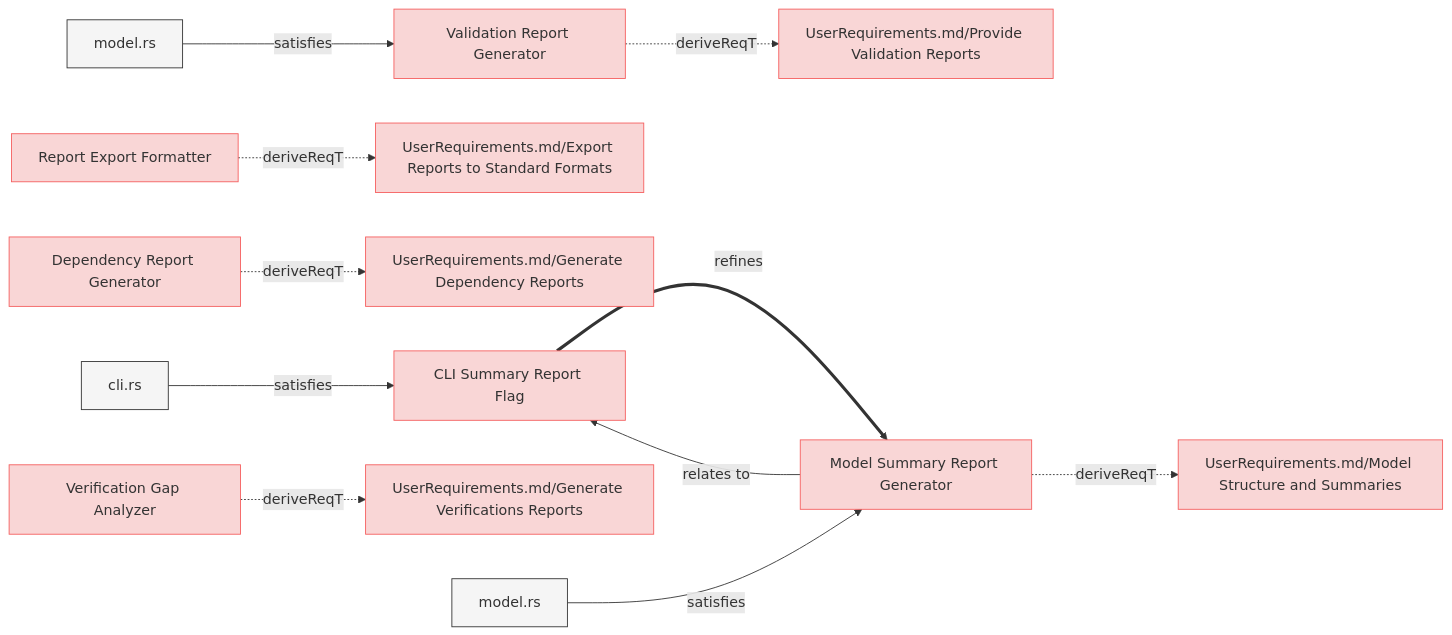
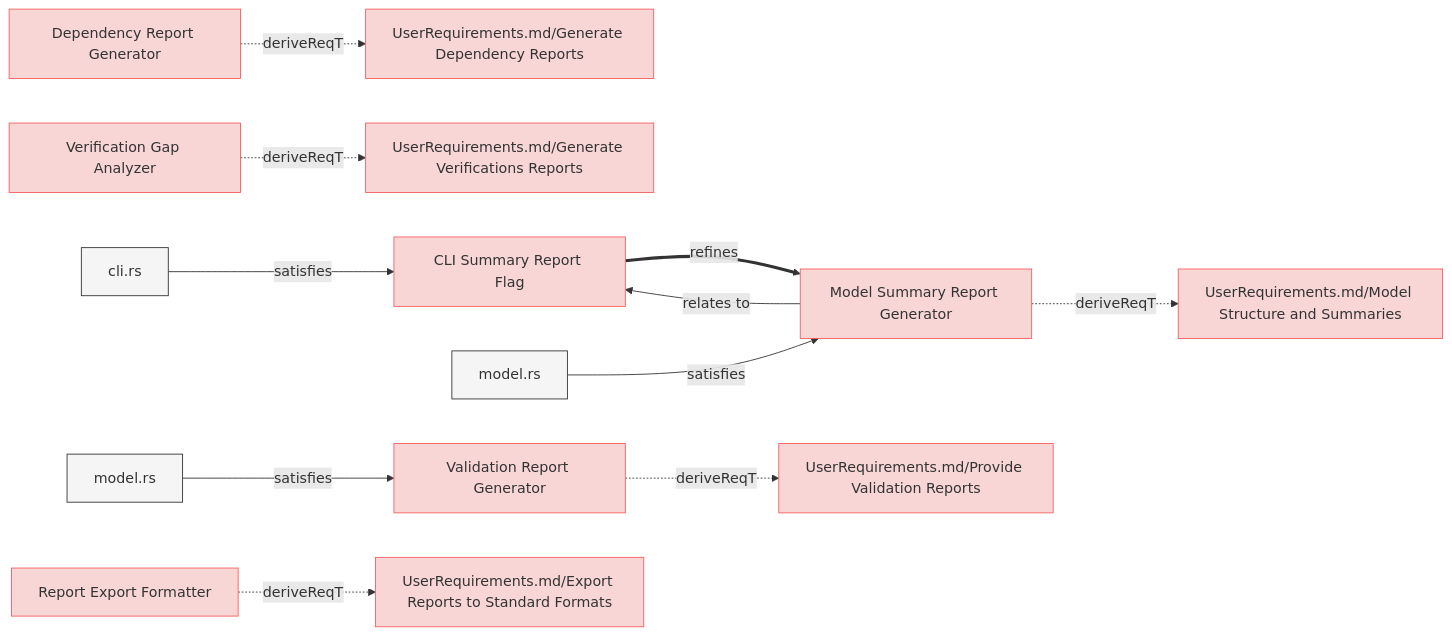
One commit to reqvire-org/reqvire changed the eighth of 8 diagrams in specifications/SystemRequirements/Requirements.md. Above: the diagram before and after it, drawn with Mermaid. The commit also changed other lines of this file and 92 other files, not shown here.

````diff
--- a/specifications/SystemRequirements/Requirements.md
+++ b/specifications/SystemRequirements/Requirements.md
@@ -995,61 +1007,61 @@
 ```mermaid
 graph LR;
   %% Graph styling
   classDef requirement fill:#f9d6d6,stroke:#f55f5f,stroke-width:1px;
   classDef verification fill:#d6f9d6,stroke:#5fd75f,stroke-width:1px;
   classDef externalLink fill:#d0e0ff,stroke:#3080ff,stroke-width:1px;
   classDef default fill:#f5f5f5,stroke:#333333,stroke-width:1px;
 
+  57cbef16c5["Dependency Report Generator"];
+  click 57cbef16c5 "Requirements.md#dependency-report-generator";
+  class 57cbef16c5 requirement;
+  812d42f453["UserRequirements.md/Generate Dependency Reports"];
+  class 812d42f453 requirement;
+  click 812d42f453 "../UserRequirements.md#generate-dependency-reports";
+  57cbef16c5 -.->|deriveReqT| 812d42f453;
+  d842bc0e30["Verification Gap Analyzer"];
+  click d842bc0e30 "Requirements.md#verification-gap-analyzer";
+  class d842bc0e30 requirement;
+  d0e9e8d143["UserRequirements.md/Generate Verifications Reports"];
+  class d0e9e8d143 requirement;
+  click d0e9e8d143 "../UserRequirements.md#generate-verifications-reports";
+  d842bc0e30 -.->|deriveReqT| d0e9e8d143;
+  6f86272134["CLI Summary Report Flag"];
+  click 6f86272134 "Requirements.md#cli-summary-report-flag";
+  class 6f86272134 requirement;
+  cccd4e46e2["Model Summary Report Generator"];
+  class cccd4e46e2 requirement;
+  click cccd4e46e2 "Requirements.md#model-summary-report-generator";
+  6f86272134 ==>|refines| cccd4e46e2;
+  11ffc4632a["cli.rs"];
+  class 11ffc4632a default;
+  click 11ffc4632a "../../cli/src/cli.rs";
+  11ffc4632a -->|satisfies| 6f86272134;
+  b342220e0d["UserRequirements.md/Model Structure and Summaries"];
+  class b342220e0d requirement;
+  click b342220e0d "../UserRequirements.md#model-structure-and-summaries";
+  cccd4e46e2 -.->|deriveReqT| b342220e0d;
+  6292255058["model.rs"];
+  class 6292255058 default;
+  click 6292255058 "../../core/src/reports.rs";
+  6292255058 -->|satisfies| cccd4e46e2;
+  cccd4e46e2 -->|relates to| 6f86272134;
   143766be8c["Validation Report Generator"];
   click 143766be8c "Requirements.md#validation-report-generator";
   class 143766be8c requirement;
   482c757913["UserRequirements.md/Provide Validation Reports"];
   class 482c757913 requirement;
   click 482c757913 "../UserRequirements.md#provide-validation-reports";
   143766be8c -.->|deriveReqT| 482c757913;
-  74b4dd6a32["model.rs"];
-  class 74b4dd6a32 default;
-  click 74b4dd6a32 "../../src/model.rs";
-  74b4dd6a32 -->|satisfies| 143766be8c;
+  6136c216c9["model.rs"];
+  class 6136c216c9 default;
+  click 6136c216c9 "../../core/src/model.rs";
+  6136c216c9 -->|satisfies| 143766be8c;
   2ccb7e5510["Report Export Formatter"];
   click 2ccb7e5510 "Requirements.md#report-export-formatter";
   class 2ccb7e5510 requirement;
   2afa7f3a20["UserRequirements.md/Export Reports to Standard Formats"];
   class 2afa7f3a20 requirement;
   click 2afa7f3a20 "../UserRequirements.md#export-reports-to-standard-formats";
   2ccb7e5510 -.->|deriveReqT| 2afa7f3a20;
-  57cbef16c5["Dependency Report Generator"];
-  click 57cbef16c5 "Requirements.md#dependency-report-generator";
-  class 57cbef16c5 requirement;
-  812d42f453["UserRequirements.md/Generate Dependency Reports"];
-  class 812d42f453 requirement;
-  click 812d42f453 "../UserRequirements.md#generate-dependency-reports";
-  57cbef16c5 -.->|deriveReqT| 812d42f453;
-  6f86272134["CLI Summary Report Flag"];
-  click 6f86272134 "Requirements.md#cli-summary-report-flag";
-  class 6f86272134 requirement;
-  cccd4e46e2["Model Summary Report Generator"];
-  class cccd4e46e2 requirement;
-  click cccd4e46e2 "Requirements.md#model-summary-report-generator";
-  6f86272134 ==>|refines| cccd4e46e2;
-  6b749da146["cli.rs"];
-  class 6b749da146 default;
-  click 6b749da146 "../../src/cli.rs";
-  6b749da146 -->|satisfies| 6f86272134;
-  d842bc0e30["Verification Gap Analyzer"];
-  click d842bc0e30 "Requirements.md#verification-gap-analyzer";
-  class d842bc0e30 requirement;
-  d0e9e8d143["UserRequirements.md/Generate Verifications Reports"];
-  class d0e9e8d143 requirement;
-  click d0e9e8d143 "../UserRequirements.md#generate-verifications-reports";
-  d842bc0e30 -.->|deriveReqT| d0e9e8d143;
-  b342220e0d["UserRequirements.md/Model Structure and Summaries"];
-  class b342220e0d requirement;
-  click b342220e0d "../UserRequirements.md#model-structure-and-summaries";
-  cccd4e46e2 -.->|deriveReqT| b342220e0d;
-  92beeed745["model.rs"];
-  class 92beeed745 default;
-  click 92beeed745 "../../src/reports.rs";
-  92beeed745 -->|satisfies| cccd4e46e2;
-  cccd4e46e2 -->|relates to| 6f86272134;
 ```
````
